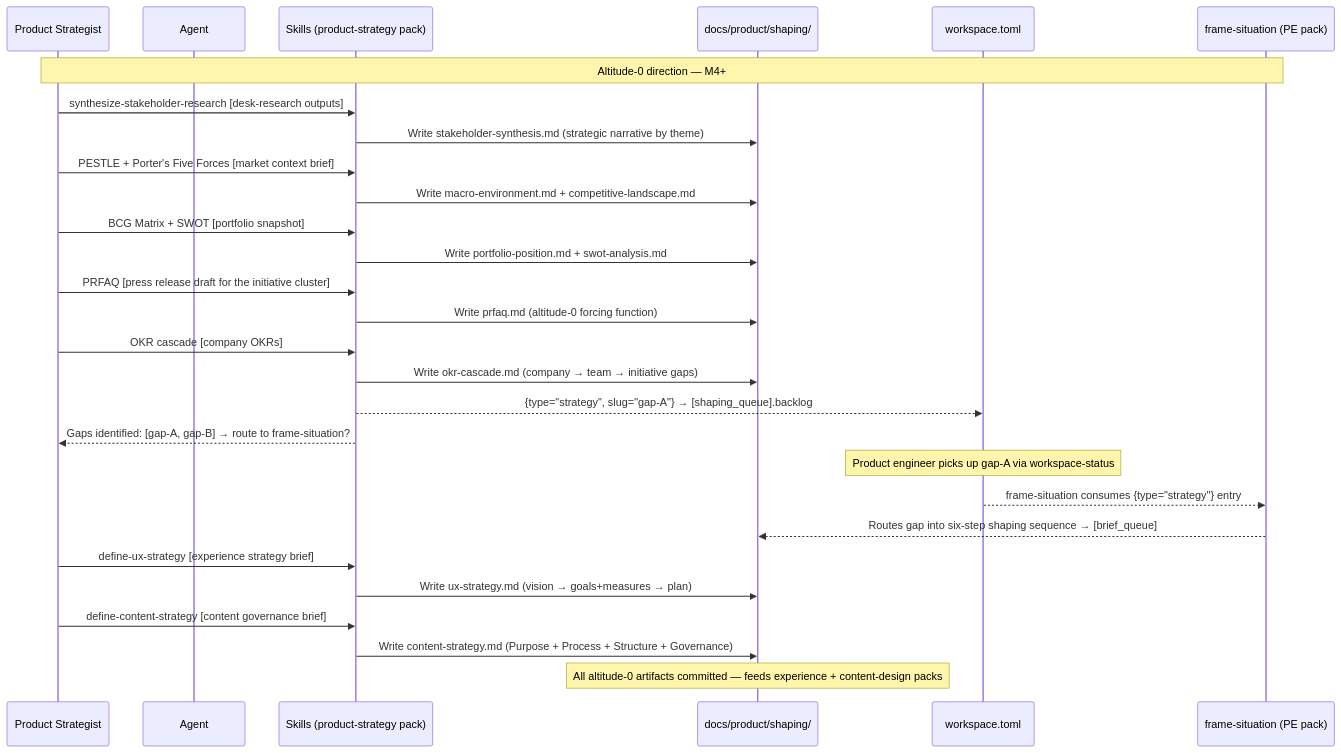
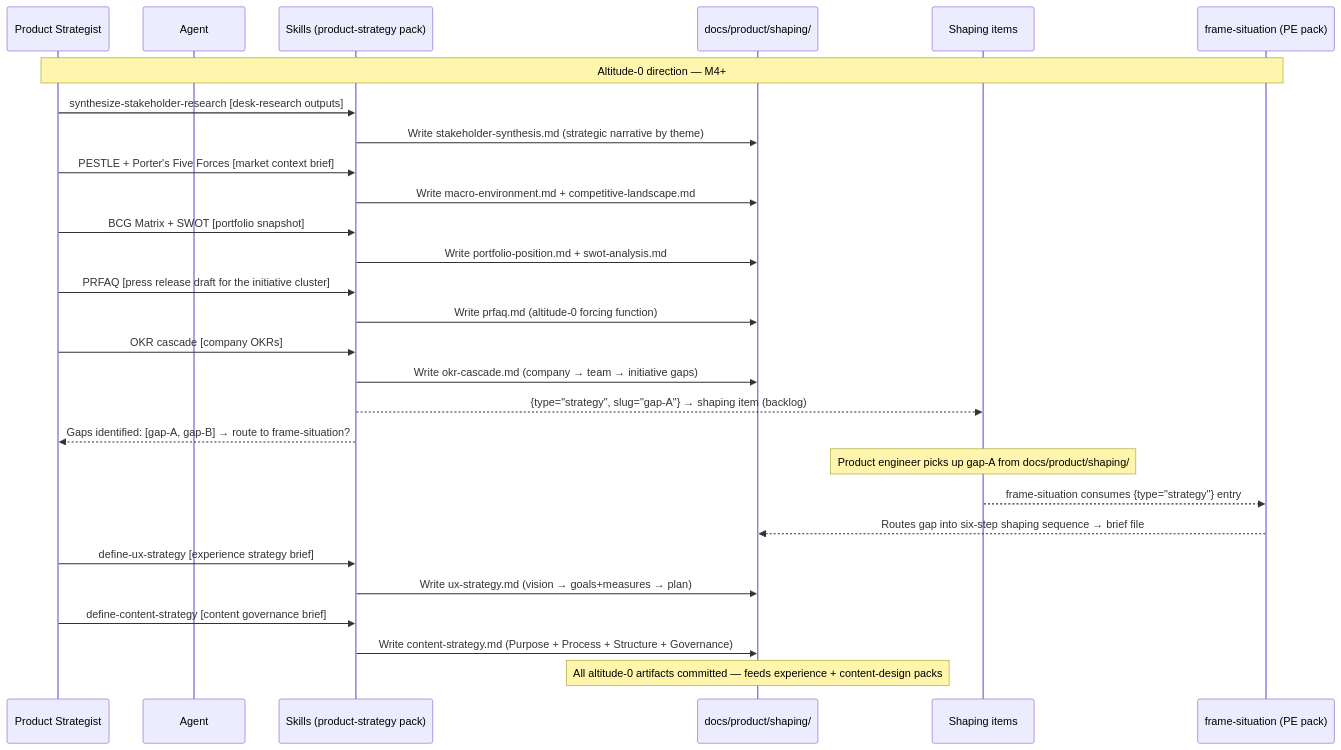
One commit to eugenelim/agent-ready-repo changed the second of 2 diagrams in docs/product/journeys/product-strategist-sets-direction.md. Above: the diagram before and after it, drawn with Mermaid. The commit also changed other lines of this file and 213 other files, not shown here.

First line of the commit message:
feat(core): publish the workspace.toml upgrade notes and move every operative reference off the registry (core 4.0.14)

````diff
--- a/docs/product/journeys/product-strategist-sets-direction.md
+++ b/docs/product/journeys/product-strategist-sets-direction.md
@@ -75,31 +75,31 @@
 ```mermaid
 sequenceDiagram
     participant S as Product Strategist
     participant A as Agent
     participant SK as Skills (product-strategy pack)
     participant SA as docs/product/shaping/
-    participant WS as workspace.toml
+    participant WS as Shaping items
     participant PE as frame-situation (PE pack)
 
     Note over S,PE: Altitude-0 direction — M4+
     S->>SK: synthesize-stakeholder-research [desk-research outputs]
     SK->>SA: Write stakeholder-synthesis.md (strategic narrative by theme)
     S->>SK: PESTLE + Porter's Five Forces [market context brief]
     SK->>SA: Write macro-environment.md + competitive-landscape.md
     S->>SK: BCG Matrix + SWOT [portfolio snapshot]
     SK->>SA: Write portfolio-position.md + swot-analysis.md
     S->>SK: PRFAQ [press release draft for the initiative cluster]
     SK->>SA: Write prfaq.md (altitude-0 forcing function)
     S->>SK: OKR cascade [company OKRs]
     SK->>SA: Write okr-cascade.md (company → team → initiative gaps)
-    SK-->>WS: {type="strategy", slug="gap-A"} → [shaping_queue].backlog
+    SK-->>WS: {type="strategy", slug="gap-A"} → shaping item (backlog)
     SK-->>S: Gaps identified: [gap-A, gap-B] → route to frame-situation?
-    Note over WS: Product engineer picks up gap-A via workspace-status
+    Note over WS: Product engineer picks up gap-A from docs/product/shaping/
     WS-->>PE: frame-situation consumes {type="strategy"} entry
-    PE-->>SA: Routes gap into six-step shaping sequence → [brief_queue]
+    PE-->>SA: Routes gap into six-step shaping sequence → brief file
     S->>SK: define-ux-strategy [experience strategy brief]
     SK->>SA: Write ux-strategy.md (vision → goals+measures → plan)
     S->>SK: define-content-strategy [content governance brief]
     SK->>SA: Write content-strategy.md (Purpose + Process + Structure + Governance)
     Note over SA: All altitude-0 artifacts committed — feeds experience + content-design packs
 ```
````
